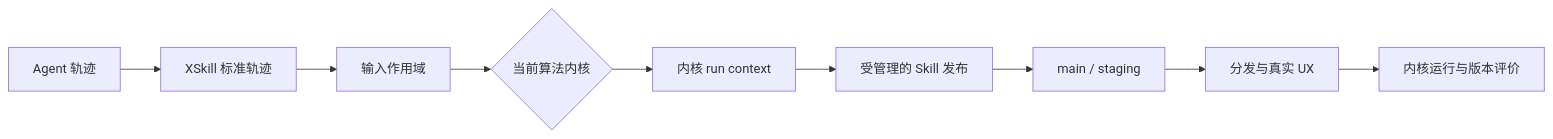
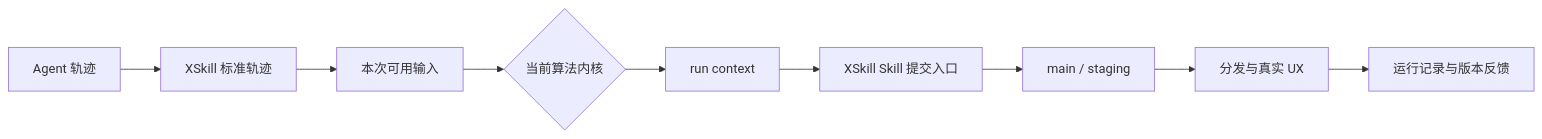
One commit to SkillNerds/xskill changed the diagram in docs/algorithm-kernels.md. Above: the diagram before and after it, drawn with Mermaid. The commit also changed other lines of this file and 28 other files, not shown here.

````diff
--- a/docs/algorithm-kernels.md
+++ b/docs/algorithm-kernels.md
@@ -12,11 +13,11 @@
 ```mermaid
 flowchart LR
     A[Agent 轨迹] --> B[XSkill 标准轨迹]
-    B --> C[输入作用域]
+    B --> C[本次可用输入]
     C --> D{当前算法内核}
-    D --> E[内核 run context]
-    E --> F[受管理的 Skill 发布]
+    D --> E[run context]
+    E --> F[XSkill Skill 提交入口]
     F --> G[main / staging]
     G --> H[分发与真实 UX]
-    H --> I[内核运行与版本评价]
+    H --> I[运行记录与版本反馈]
 ```
````
